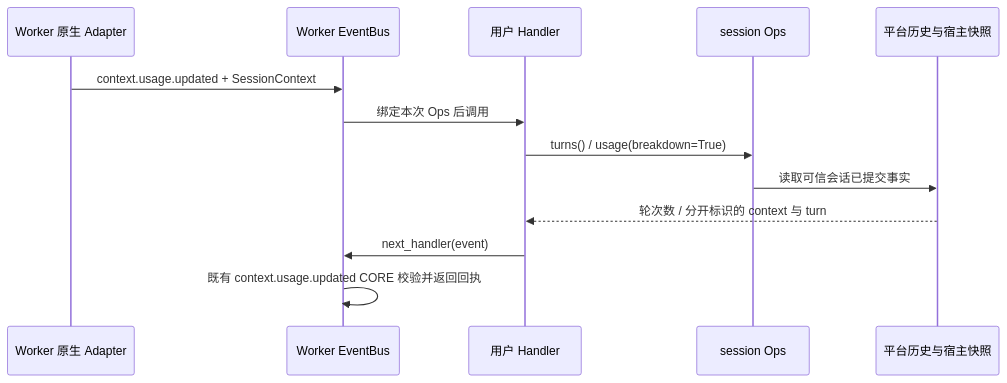
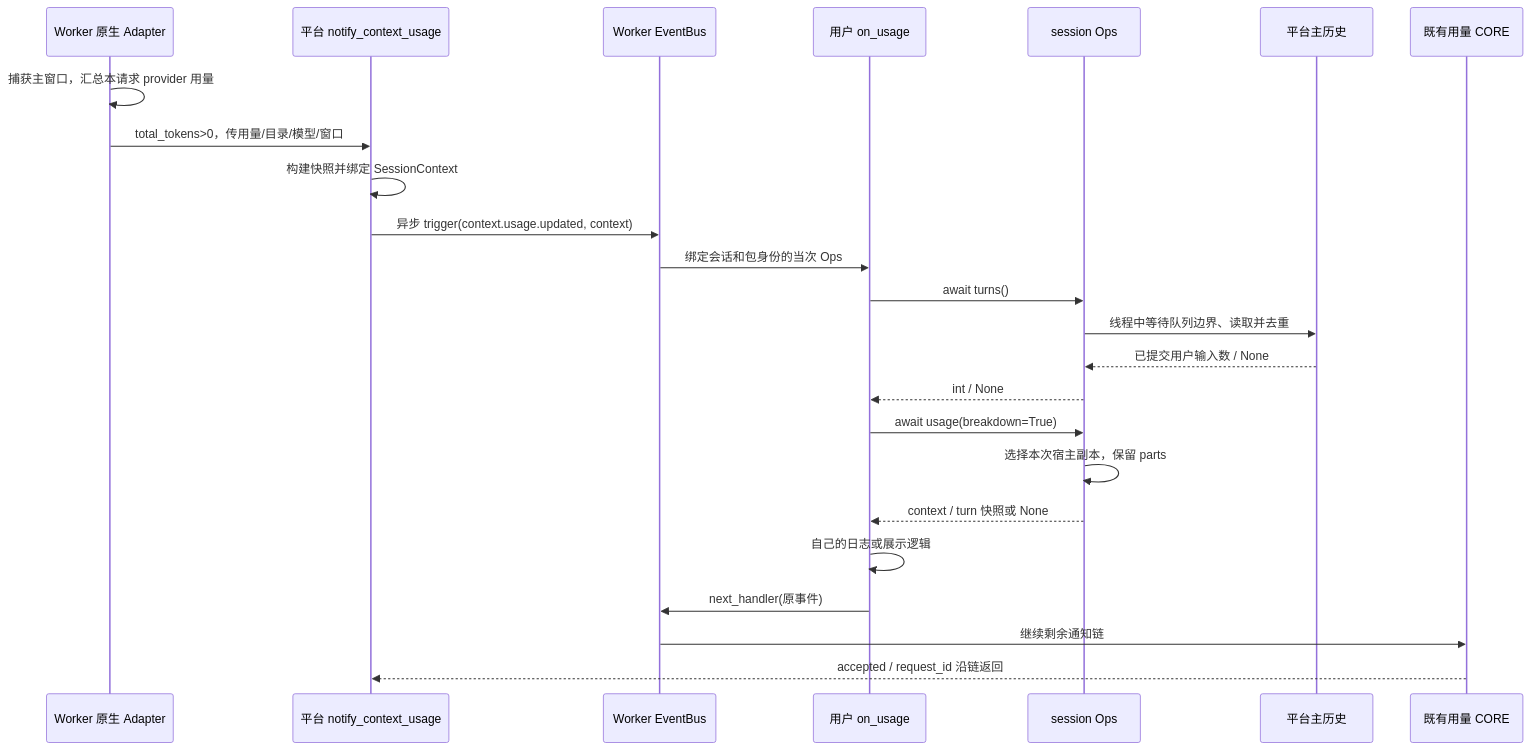
Before and after one commit to openJiuwen-ai/jiuwenswarm: the diagram in jiuwenswarm/extensions_v2/docs/features/F_21_session-usage-ops.md, drawn with Mermaid. The commit also changed other lines of this file and 3 other files, not shown here.

Commit message:
docs(extensions): clarify session statistics ops and usage notification

````diff
--- a/jiuwenswarm/extensions_v2/docs/features/F_21_session-usage-ops.md
+++ b/jiuwenswarm/extensions_v2/docs/features/F_21_session-usage-ops.md
@@ -25,15 +193,26 @@
 ```mermaid
 sequenceDiagram
-    participant P as Worker 原生 Adapter
+    participant A as Worker 原生 Adapter
+    participant N as 平台 notify_context_usage
     participant B as Worker EventBus
-    participant U as 用户 Handler
+    participant U as 用户 on_usage
     participant O as session Ops
-    participant H as 平台历史与宿主快照
-    P->>B: context.usage.updated + SessionContext
-    B->>U: 绑定本次 Ops 后调用
-    U->>O: turns() / usage(breakdown=True)
-    O->>H: 读取可信会话已提交事实
-    H-->>U: 轮次数 / 分开标识的 context 与 turn
-    U->>B: next_handler(event)
-    B->>B: 既有 context.usage.updated CORE 校验并返回回执
+    participant H as 平台主历史
+    participant C as 既有用量 CORE
+    A->>A: 捕获主窗口，汇总本请求 provider 用量
+    A->>N: total_tokens>0，传用量/目录/模型/窗口
+    N->>N: 构建快照并绑定 SessionContext
+    N->>B: 异步 trigger(context.usage.updated, context)
+    B->>U: 绑定会话和包身份的当次 Ops
+    U->>O: await turns()
+    O->>H: 线程中等待队列边界、读取并去重
+    H-->>O: 已提交用户输入数 / None
+    O-->>U: int / None
+    U->>O: await usage(breakdown=True)
+    O->>O: 选择本次宿主副本，保留 parts
+    O-->>U: context / turn 快照或 None
+    U->>U: 自己的日志或展示逻辑
+    U->>B: next_handler(原事件)
+    B->>C: 继续剩余通知链
+    C-->>N: accepted / request_id 沿链返回
 ```
````
